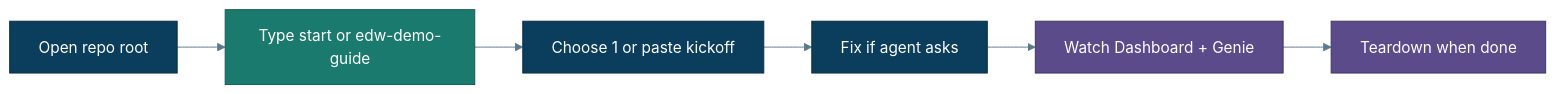
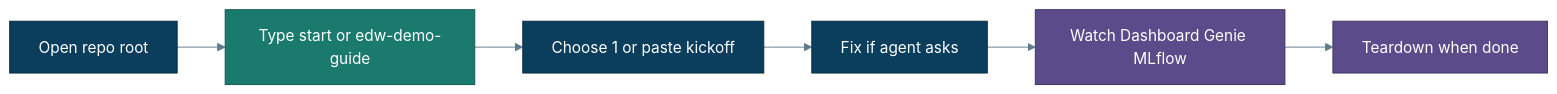
Before and after one commit to Jericho2010/edwmigration: the first of 2 diagrams in docs/guided-demo.md, drawn with Mermaid. The commit also changed other lines of this file and 16 other files, not shown here.

````diff
--- a/docs/guided-demo.md
+++ b/docs/guided-demo.md
@@ -9,15 +9,15 @@
 ```mermaid
 %%{init: {"theme":"base","themeVariables":{"primaryColor":"#E8F1F8","primaryTextColor":"#0B3D5C","primaryBorderColor":"#0B3D5C","lineColor":"#5B7A8C","secondaryColor":"#E6F4F1","tertiaryColor":"#F7F3EA","background":"#FFFFFF","mainBkg":"#E8F1F8","clusterBkg":"#F7FAFC","clusterBorder":"#5B7A8C","titleColor":"#0B3D5C","edgeLabelBackground":"#FFFFFF"}}}%%
 flowchart LR
   O[Open repo root] --> G[Type start or edw-demo-guide]
   G --> S[Choose 1 or paste kickoff]
   S --> F[Fix if agent asks]
-  F --> W[Watch Dashboard + Genie]
+  F --> W[Watch Dashboard Genie MLflow]
   W --> T[Teardown when done]
   classDef user fill:#0B3D5C,stroke:#082C43,color:#fff
   classDef agent fill:#1B7A6E,stroke:#145A51,color:#fff
   classDef ops fill:#5B4B8A,stroke:#3F3460,color:#fff
   class O,S,F user
   class G agent
   class W,T ops
 ```
````
